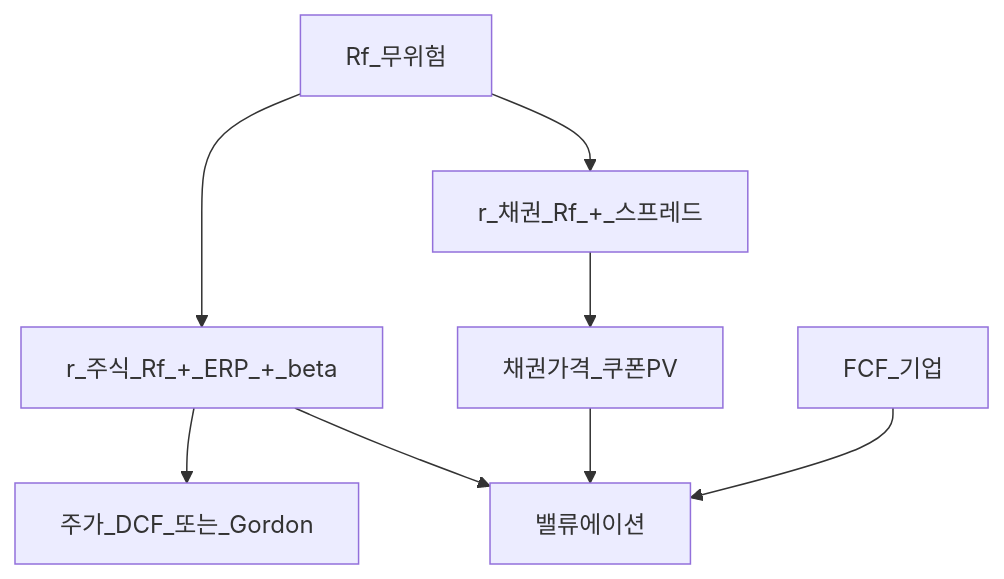
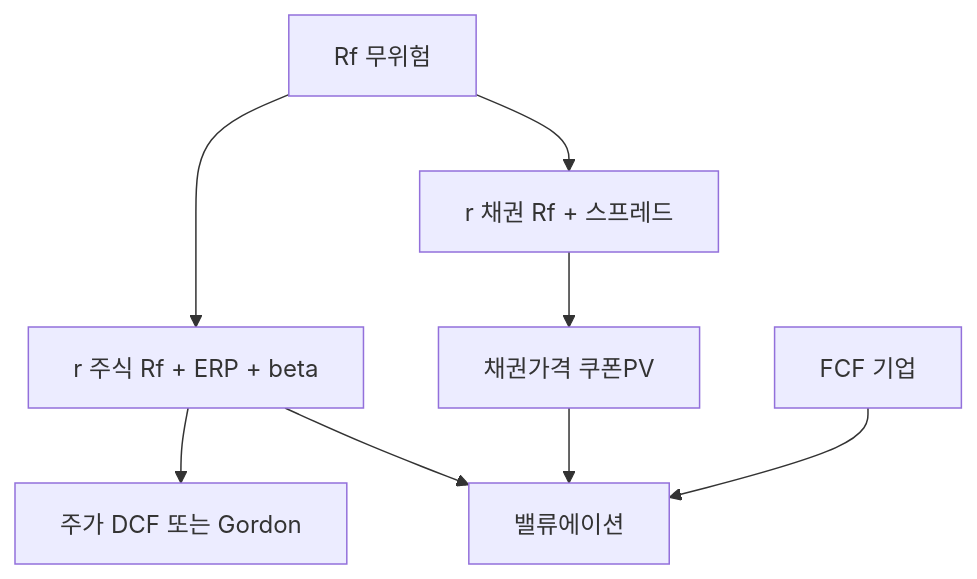
Before and after one commit to goldanghenry/Finances: the third of 3 diagrams in 01-foundations/time-value-npv-irr.md, drawn with Mermaid. The commit also changed other lines of this file and 211 other files, not shown here.

````diff
--- a/01-foundations/time-value-npv-irr.md
+++ b/01-foundations/time-value-npv-irr.md
@@ -164,10 +169,10 @@
 ```mermaid
 flowchart TB
-  Rf[Rf_무위험] --> rStock[r_주식_Rf_+_ERP_+_beta]
-  Rf --> rBond[r_채권_Rf_+_스프레드]
-  rStock --> StockPV[주가_DCF_또는_Gordon]
-  rBond --> BondPV[채권가격_쿠폰PV]
+  Rf["Rf 무위험"] --> rStock["r 주식 Rf + ERP + beta"]
+  Rf --> rBond["r 채권 Rf + 스프레드"]
+  rStock --> StockPV["주가 DCF 또는 Gordon"]
+  rBond --> BondPV["채권가격 쿠폰PV"]
   rStock --> Val[밸류에이션]
   BondPV --> Val
-  FCF[FCF_기업] --> Val
+  FCF["FCF 기업"] --> Val
 ```
````
